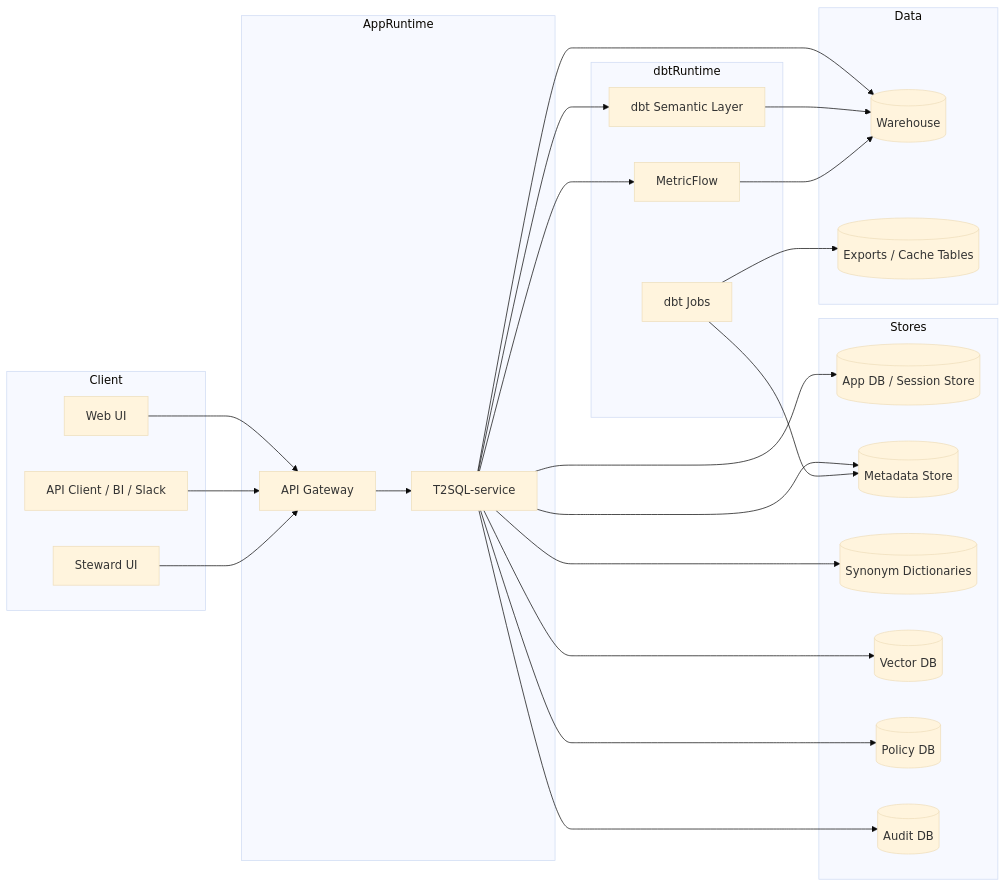
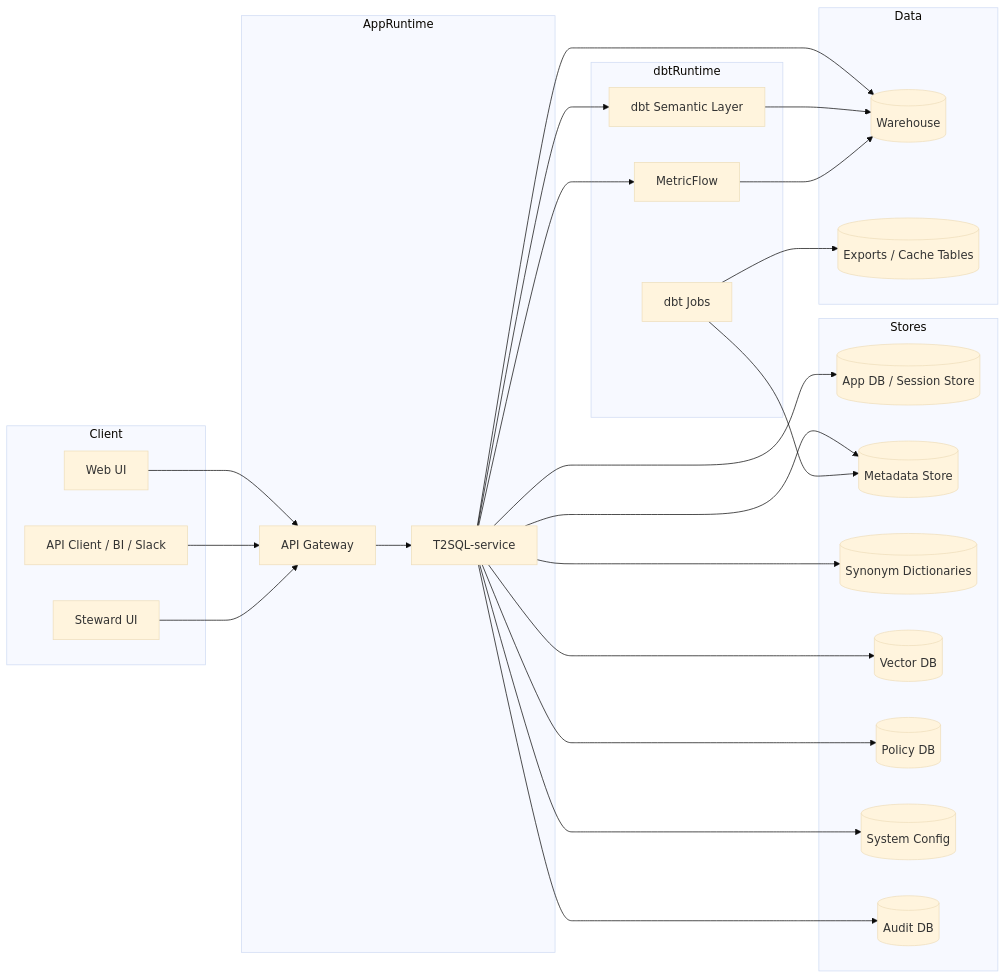
One commit to MikeYu123/texttosql changed the seventh of 7 diagrams in docs/integration-scenarios.md. Above: the diagram before and after it, drawn with Mermaid (base theme). The commit also changed other lines of this file and 1 other file, not shown here.

Commit message:
Refactor docs to route admin actions through T2SQL

````diff
--- a/docs/integration-scenarios.md
+++ b/docs/integration-scenarios.md
@@ -165,51 +166,53 @@
 ```mermaid
 flowchart LR
     subgraph Client
         Web[Web UI]
         APIClient[API Client / BI / Slack]
         StewardUI[Steward UI]
     end
 
     subgraph AppRuntime
         Gateway[API Gateway]
         T2SQL[T2SQL-service]
     end
 
     subgraph Stores
         AppDB[(App DB / Session Store)]
         Metadata[(Metadata Store)]
         Synonyms[(Synonym Dictionaries)]
         VectorDB[(Vector DB)]
         PolicyDB[(Policy DB)]
+        Config[(System Config)]
         AuditDB[(Audit DB)]
     end
 
     subgraph dbtRuntime
         dbtJob[dbt Jobs]
         SemanticLayer[dbt Semantic Layer]
         MetricFlow[MetricFlow]
     end
 
     subgraph Data
         DWH[(Warehouse)]
         Cache[(Exports / Cache Tables)]
     end
 
     Web --> Gateway
     APIClient --> Gateway
     StewardUI --> Gateway
     Gateway --> T2SQL
     T2SQL --> AppDB
     T2SQL --> Metadata
     T2SQL --> Synonyms
     T2SQL --> VectorDB
     T2SQL --> PolicyDB
+    T2SQL --> Config
     T2SQL --> SemanticLayer
     T2SQL --> MetricFlow
     T2SQL --> DWH
     SemanticLayer --> DWH
     MetricFlow --> DWH
     dbtJob --> Metadata
     dbtJob --> Cache
     T2SQL --> AuditDB
 ```
````
